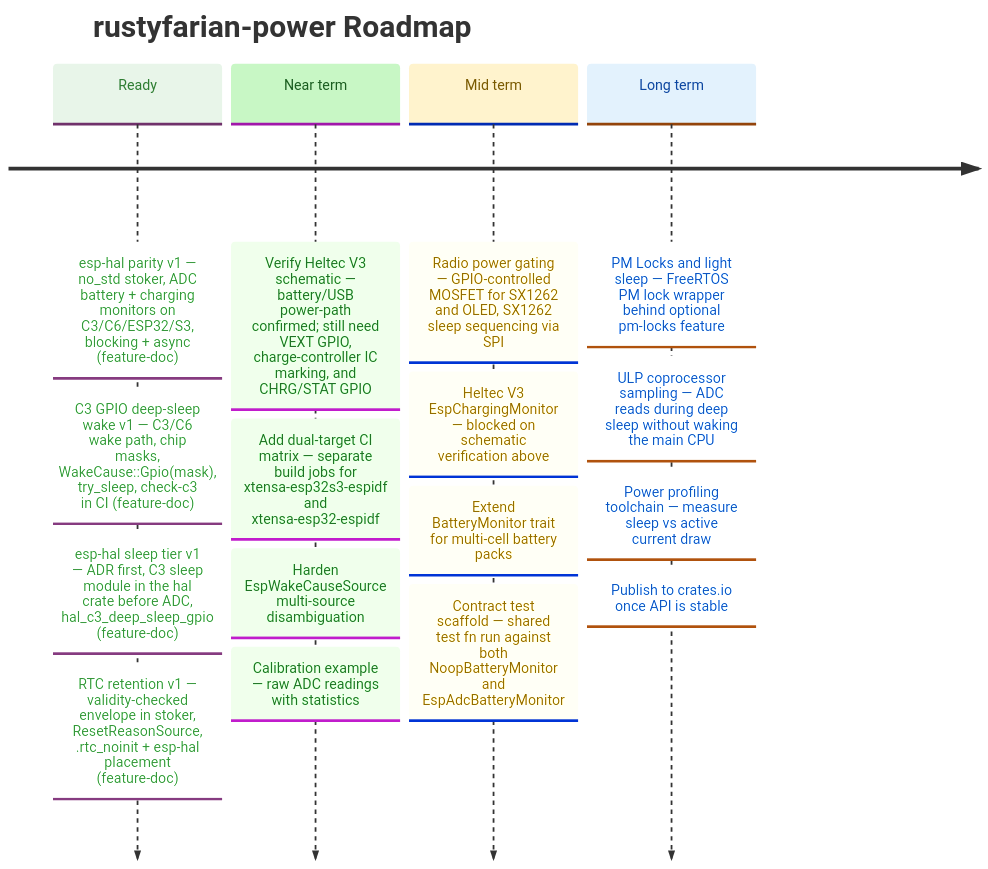
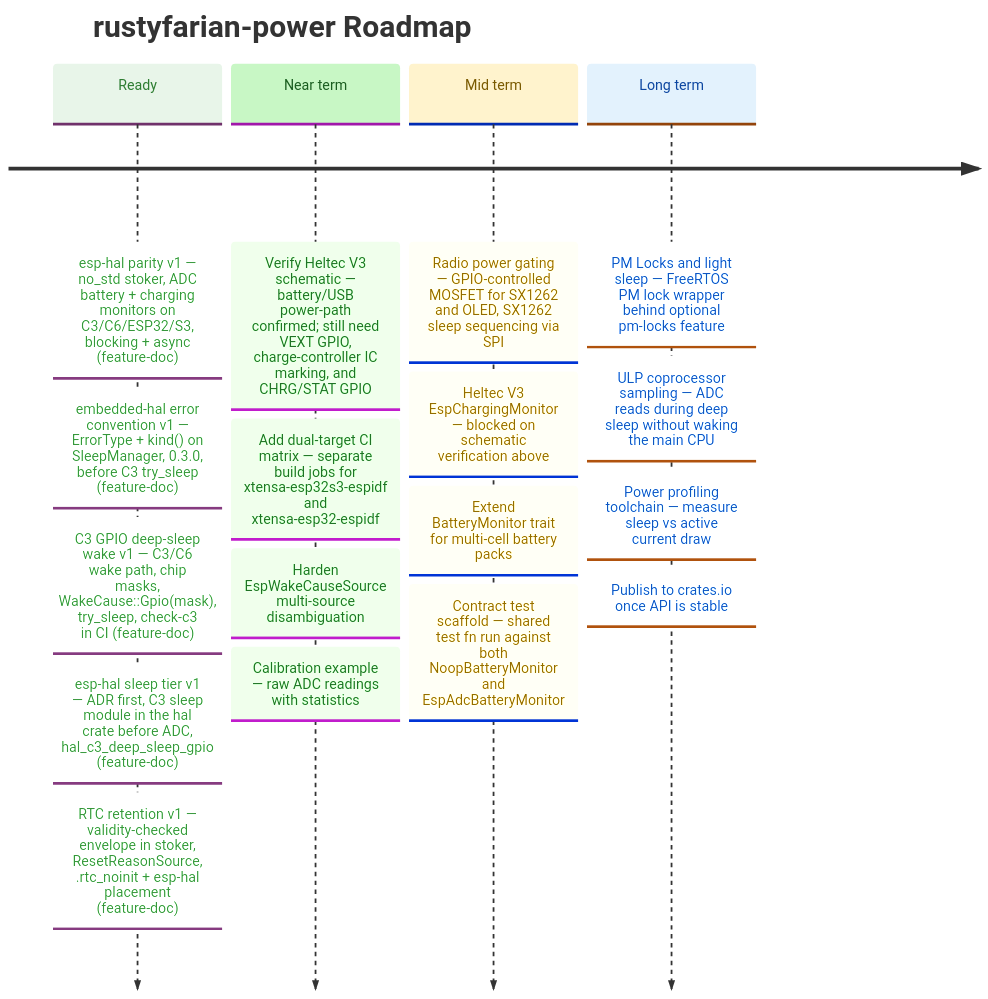
Before and after one commit to datenkollektiv/rustyfarian-power: the diagram in docs/ROADMAP.md, drawn with Mermaid. The commit also changed 11 other files, not shown here.

Commit message:
Make stoker no_std with typed SleepError and SleepManager::Error, drop anyhow

````diff
--- a/docs/ROADMAP.md
+++ b/docs/ROADMAP.md
@@ -12,38 +12,39 @@
 ```mermaid
 %%{init: {
   "theme": "base",
   "themeVariables": {
     "cScale0": "#e8f5e9",
     "cScaleLabel0": "#2e7d32",
     "cScale1": "#c8f7c5",
     "cScaleLabel1": "#1b5e20",
     "cScale2": "#fff3cd",
     "cScaleLabel2": "#7a5a00",
     "cScale3": "#e3f2fd",
     "cScaleLabel3": "#0d47a1"
   }
 }}%%
 
 timeline
     title rustyfarian-power Roadmap
 
     Ready     : esp-hal parity v1 — no_std stoker, ADC battery + charging monitors on C3/C6/ESP32/S3, blocking + async (feature-doc)
+              : embedded-hal error convention v1 — ErrorType + kind() on SleepManager, 0.3.0, before C3 try_sleep (feature-doc)
               : C3 GPIO deep-sleep wake v1 — C3/C6 wake path, chip masks, WakeCause::Gpio(mask), try_sleep, check-c3 in CI (feature-doc)
               : esp-hal sleep tier v1 — ADR first, C3 sleep module in the hal crate before ADC, hal_c3_deep_sleep_gpio (feature-doc)
               : RTC retention v1 — validity-checked envelope in stoker, ResetReasonSource, .rtc_noinit + esp-hal placement (feature-doc)
 
     Near term : Verify Heltec V3 schematic — battery/USB power-path confirmed; still need VEXT GPIO, charge-controller IC marking, and CHRG/STAT GPIO
               : Add dual-target CI matrix — separate build jobs for xtensa-esp32s3-espidf and xtensa-esp32-espidf
               : Harden EspWakeCauseSource multi-source disambiguation
               : Calibration example — raw ADC readings with statistics
 
     Mid term  : Radio power gating — GPIO-controlled MOSFET for SX1262 and OLED, SX1262 sleep sequencing via SPI
               : Heltec V3 EspChargingMonitor — blocked on schematic verification above
               : Extend BatteryMonitor trait for multi-cell battery packs
               : Contract test scaffold — shared test fn run against both NoopBatteryMonitor and EspAdcBatteryMonitor
 
     Long term : PM Locks and light sleep — FreeRTOS PM lock wrapper behind optional pm-locks feature
               : ULP coprocessor sampling — ADC reads during deep sleep without waking the main CPU
               : Power profiling toolchain — measure sleep vs active current draw
               : Publish to crates.io once API is stable
 ```
````
